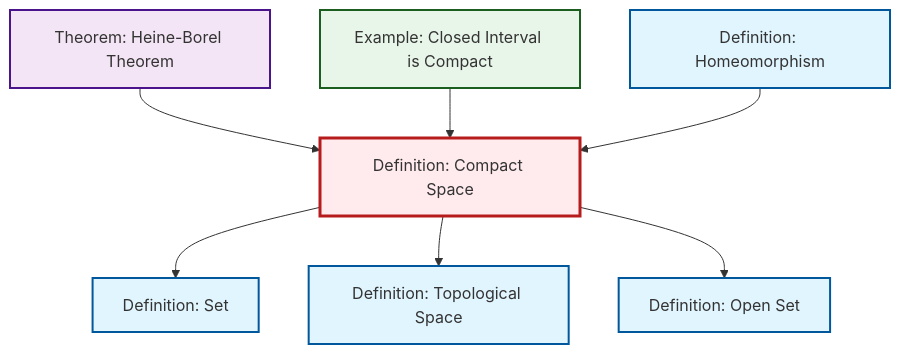
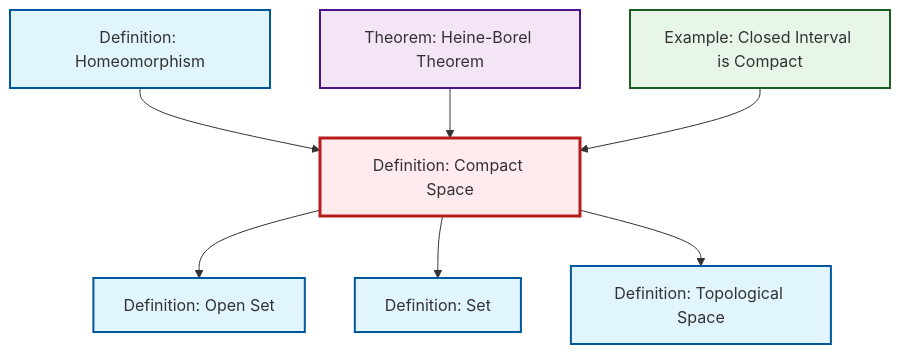
The diagram in content/ja/topology/def-compact.qmd (RK0429/ModernMath), drawn with Mermaid before and after one commit. The commit also changed other lines of this file and 531 other files, not shown here.

````diff
--- a/content/ja/topology/def-compact.qmd
+++ b/content/ja/topology/def-compact.qmd
@@ -49,29 +49,29 @@
 ```{mermaid}
 %%| fig-cap: "Local dependency graph"
 graph TD
     classDef definition fill:#e1f5fe,stroke:#01579b,stroke-width:2px
     classDef theorem fill:#f3e5f5,stroke:#4a148c,stroke-width:2px
     classDef axiom fill:#fff3e0,stroke:#e65100,stroke-width:2px
     classDef example fill:#e8f5e9,stroke:#1b5e20,stroke-width:2px
     classDef current fill:#ffebee,stroke:#b71c1c,stroke-width:3px
+    def-set["Definition: Set"]:::definition
+    def-homeomorphism["Definition: Homeomorphism"]:::definition
     def-compact["Definition: Compact Space"]:::definition
-    def-set["Definition: Set"]:::definition
+    def-topological-space["Definition: Topological Space"]:::definition
     ex-closed-interval-compact["Example: Closed Interval is Compact"]:::example
-    def-homeomorphism["Definition: Homeomorphism"]:::definition
-    def-topological-space["Definition: Topological Space"]:::definition
+    def-open-set["Definition: Open Set"]:::definition
     thm-heine-borel["Theorem: Heine-Borel Theorem"]:::theorem
-    def-open-set["Definition: Open Set"]:::definition
+    def-compact --> def-open-set
+    def-homeomorphism --> def-compact
     thm-heine-borel --> def-compact
     def-compact --> def-set
     ex-closed-interval-compact --> def-compact
     def-compact --> def-topological-space
-    def-compact --> def-open-set
-    def-homeomorphism --> def-compact
     class def-compact current
     click def-set "def-set.html" "Definition: Setへ"
-    click ex-closed-interval-compact "ex-closed-interval-compact.html" "Example: Closed Interval is Compactへ"
     click def-homeomorphism "def-homeomorphism.html" "Definition: Homeomorphismへ"
     click def-topological-space "def-topological-space.html" "Definition: Topological Spaceへ"
+    click ex-closed-interval-compact "ex-closed-interval-compact.html" "Example: Closed Interval is Compactへ"
+    click def-open-set "def-open-set.html" "Definition: Open Setへ"
     click thm-heine-borel "thm-heine-borel.html" "Theorem: Heine-Borel Theoremへ"
-    click def-open-set "def-open-set.html" "Definition: Open Setへ"
 ```
````
